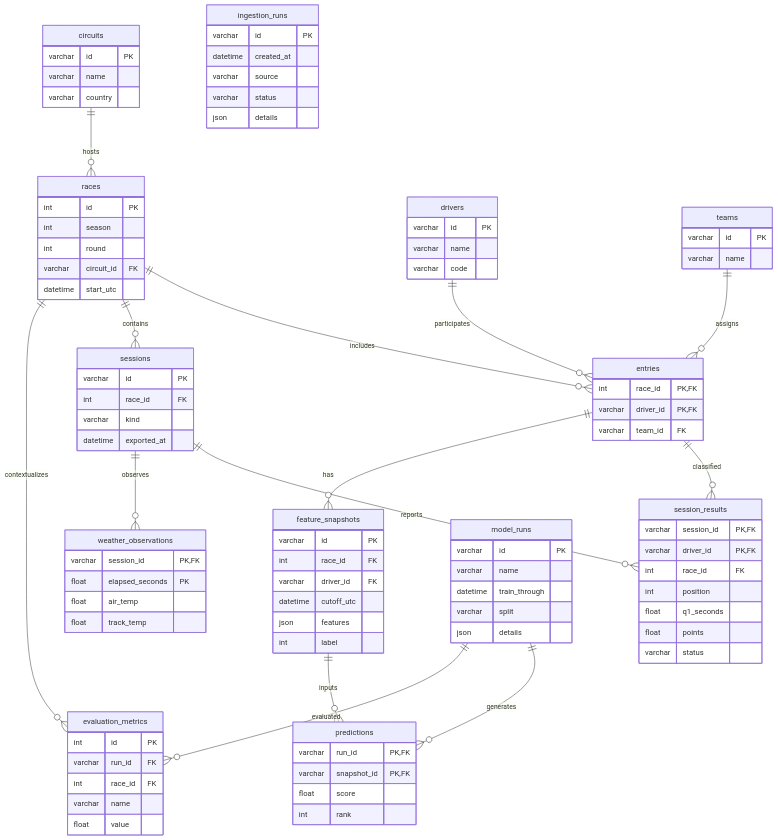
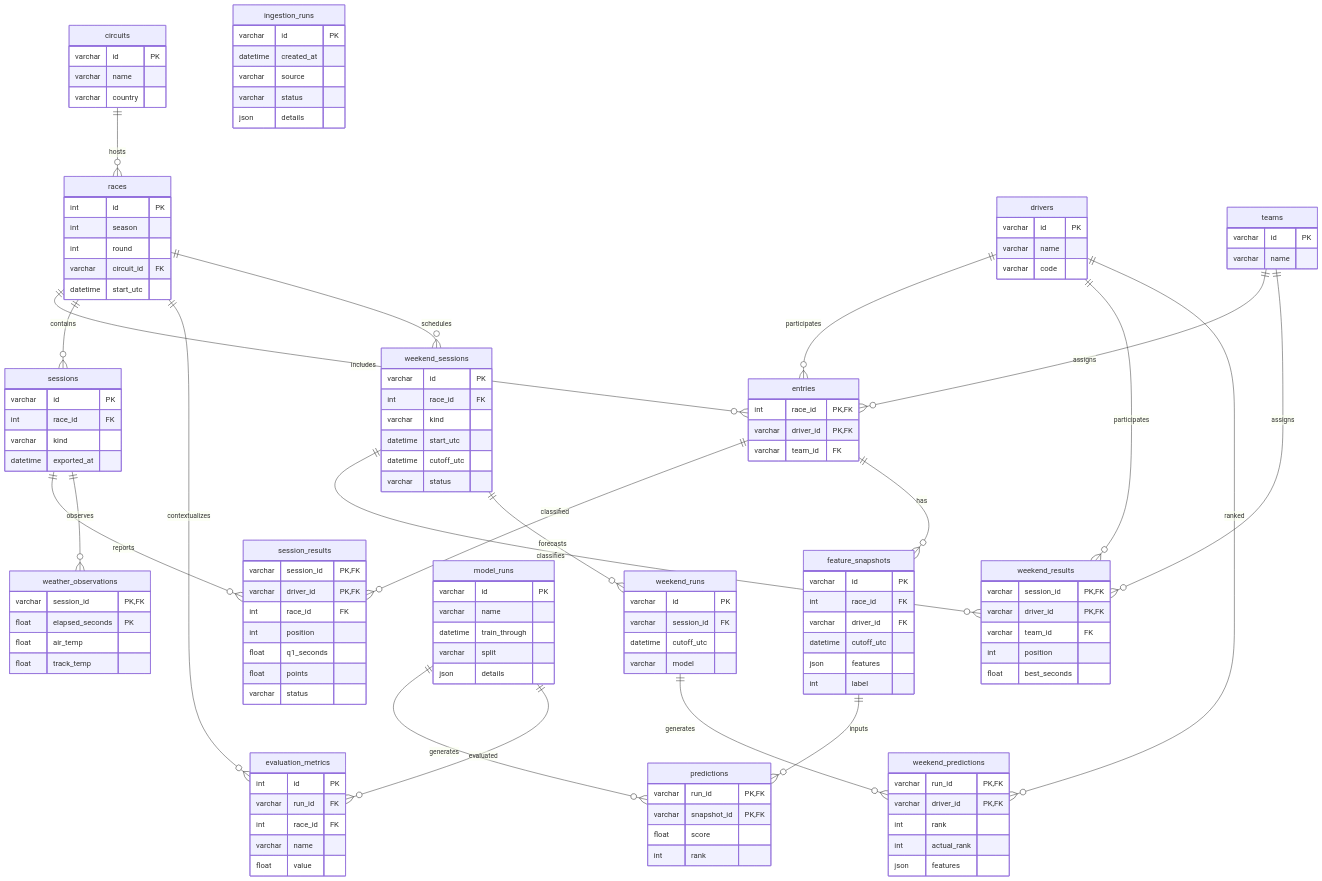
The diagram in docs/ERD.md (lucknguyn/f1_prediction), drawn with Mermaid before and after one commit. The commit also changed 9 other files, not shown here.

```diff
--- a/docs/ERD.md
+++ b/docs/ERD.md
@@ -92,6 +92,41 @@
         varchar name
         float value
     }
+    races ||--o{ weekend_sessions : schedules
+    weekend_sessions ||--o{ weekend_results : classifies
+    drivers ||--o{ weekend_results : participates
+    teams ||--o{ weekend_results : assigns
+    weekend_sessions ||--o{ weekend_runs : forecasts
+    weekend_runs ||--o{ weekend_predictions : generates
+    drivers ||--o{ weekend_predictions : ranked
+    weekend_sessions {
+        varchar id PK
+        int race_id FK
+        varchar kind
+        datetime start_utc
+        datetime cutoff_utc
+        varchar status
+    }
+    weekend_results {
+        varchar session_id PK,FK
+        varchar driver_id PK,FK
+        varchar team_id FK
+        int position
+        float best_seconds
+    }
+    weekend_runs {
+        varchar id PK
+        varchar session_id FK
+        datetime cutoff_utc
+        varchar model
+    }
+    weekend_predictions {
+        varchar run_id PK,FK
+        varchar driver_id PK,FK
+        int rank
+        int actual_rank
+        json features
+    }
     ingestion_runs {
         varchar id PK
         datetime created_at
```
